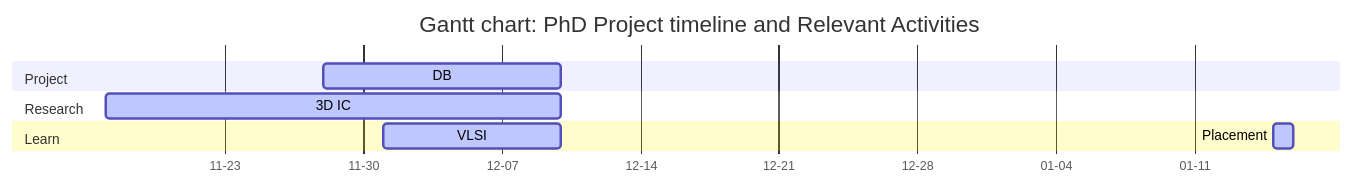
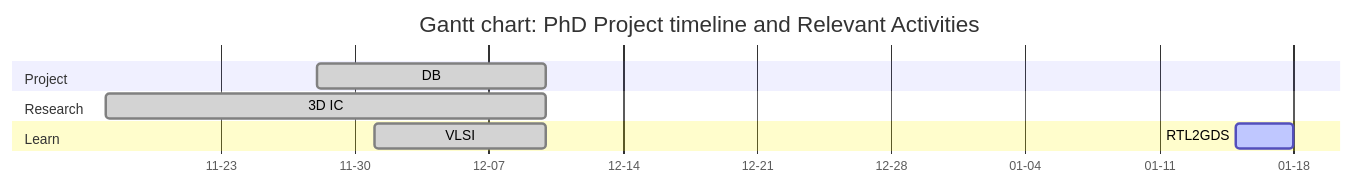
Before and after one commit to Marcobisky/Marcobisky.github.io: the third of 3 diagrams in tinyml/index.qmd, drawn with Mermaid. The commit also changed other lines of this file and 107 other files, not shown here.

````diff
--- a/tinyml/index.qmd
+++ b/tinyml/index.qmd
@@ -92,26 +93,26 @@
 ```{mermaid}
 ---
 displayMode: compact
 ---
 %%| label: fig-phd-timeline
 %%| fig-cap: "Gantt Chart"
 %%| fig-width: 10
 %%| fig-height: 6
 
 gantt
     title Gantt chart: PhD Project timeline and Relevant Activities
     dateFormat  YYYY-MM-DD
     axisFormat  %m-%d
     tickInterval 14d
 
     section Project
-        DB :active, 2025-11-28, 2025-12-10
+        DB :done, 2025-11-28, 2025-12-10
 
     section Research
-        3D IC :active, 2025-11-17, 2025-12-10
+        3D IC :done, 2025-11-17, 2025-12-10
 
     section Learn
-        VLSI :active, 2025-12-01, 2025-12-10
-        Placement :active, 2026-01-15, 2026-01-16
+        VLSI :done, 2025-12-01, 2025-12-10
+        RTL2GDS :active, 2026-01-15, 2026-01-18
 
 ```
````
